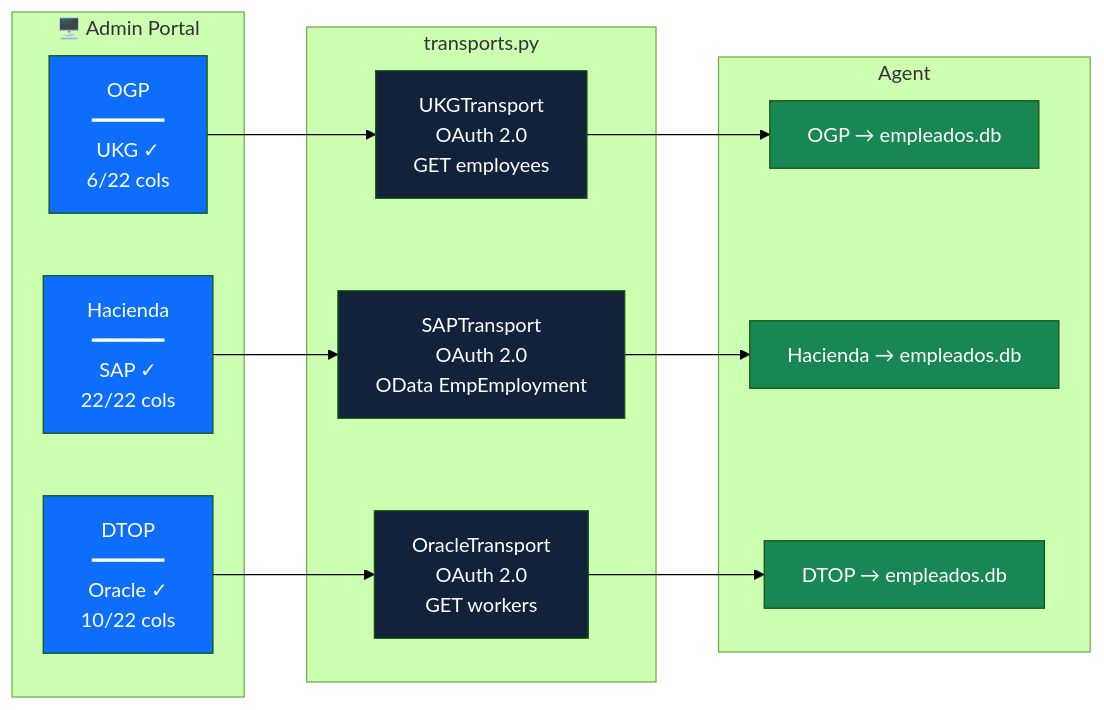
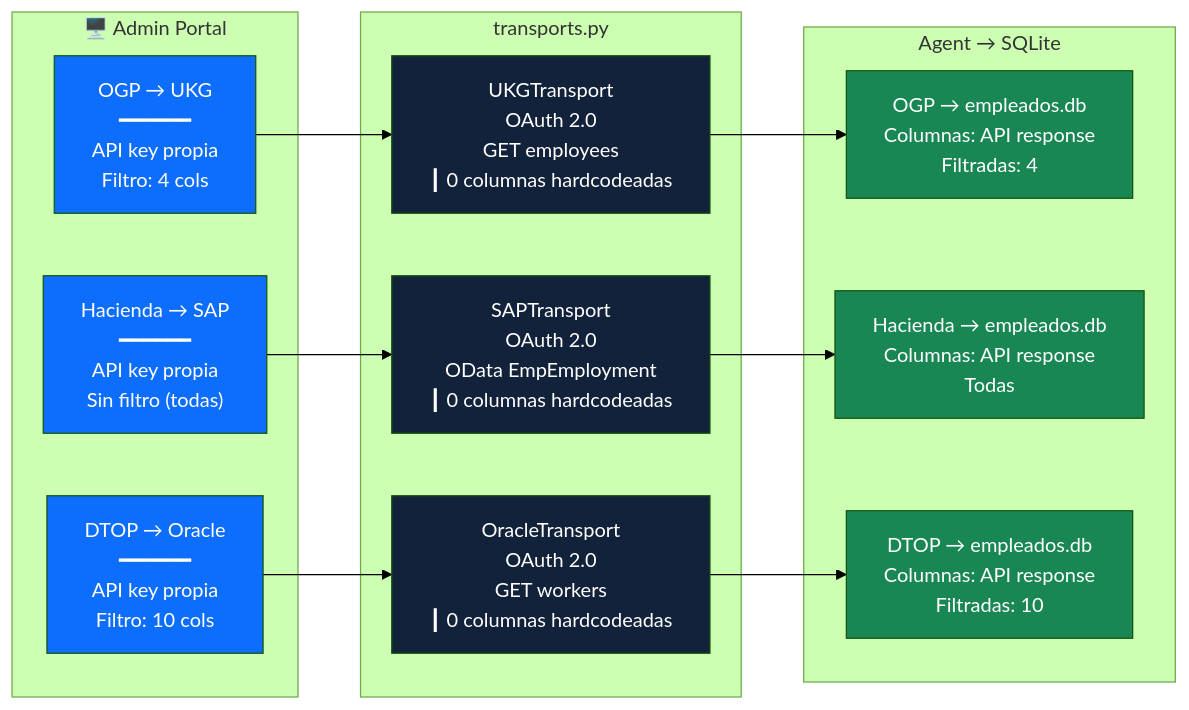
The fifth of 8 diagrams in docs/ARCHITECTURE_MERMAID.md (jcollazo/asi-deploy-hub), drawn with Mermaid (forest theme) before and after one commit. The commit also changed other lines of this file and 1 other file, not shown here.

First line of the commit message:
docs: actualizar diagramas y guía — columnas dinámicas del API

````diff
--- a/docs/ARCHITECTURE_MERMAID.md
+++ b/docs/ARCHITECTURE_MERMAID.md
@@ -206,34 +220,34 @@
 ```mermaid
 graph LR
     subgraph Portal["🖥️ Admin Portal"]
-        P1["OGP<br/>━━━━━━<br/>UKG ✓<br/>6/22 cols"]
-        P2["Hacienda<br/>━━━━━━<br/>SAP ✓<br/>22/22 cols"]
-        P3["DTOP<br/>━━━━━━<br/>Oracle ✓<br/>10/22 cols"]
+        P1["OGP → UKG<br/>━━━━━━<br/>API key propia<br/>Filtro: 4 cols"]
+        P2["Hacienda → SAP<br/>━━━━━━<br/>API key propia<br/>Sin filtro (todas)"]
+        P3["DTOP → Oracle<br/>━━━━━━<br/>API key propia<br/>Filtro: 10 cols"]
     end
 
     subgraph Transport["transports.py"]
-        T1["UKGTransport<br/>OAuth 2.0<br/>GET employees"]
-        T2["SAPTransport<br/>OAuth 2.0<br/>OData EmpEmployment"]
-        T3["OracleTransport<br/>OAuth 2.0<br/>GET workers"]
+        T1["UKGTransport<br/>OAuth 2.0<br/>GET employees<br/>┃ 0 columnas hardcodeadas"]
+        T2["SAPTransport<br/>OAuth 2.0<br/>OData EmpEmployment<br/>┃ 0 columnas hardcodeadas"]
+        T3["OracleTransport<br/>OAuth 2.0<br/>GET workers<br/>┃ 0 columnas hardcodeadas"]
     end
 
-    subgraph Agents["Agent"]
-        A1["OGP → empleados.db"]
-        A2["Hacienda → empleados.db"]
-        A3["DTOP → empleados.db"]
+    subgraph Agents["Agent → SQLite"]
+        A1["OGP → empleados.db<br/>Columnas: API response<br/>Filtradas: 4"]
+        A2["Hacienda → empleados.db<br/>Columnas: API response<br/>Todas"]
+        A3["DTOP → empleados.db<br/>Columnas: API response<br/>Filtradas: 10"]
     end
 
     P1 --> T1 --> A1
     P2 --> T2 --> A2
     P3 --> T3 --> A3
 
     style P1 fill:#0D6EFD,color:#fff
     style P2 fill:#0D6EFD,color:#fff
     style P3 fill:#0D6EFD,color:#fff
     style T1 fill:#12223A,color:#fff
     style T2 fill:#12223A,color:#fff
     style T3 fill:#12223A,color:#fff
     style A1 fill:#198754,color:#fff
     style A2 fill:#198754,color:#fff
     style A3 fill:#198754,color:#fff
 ```
````
